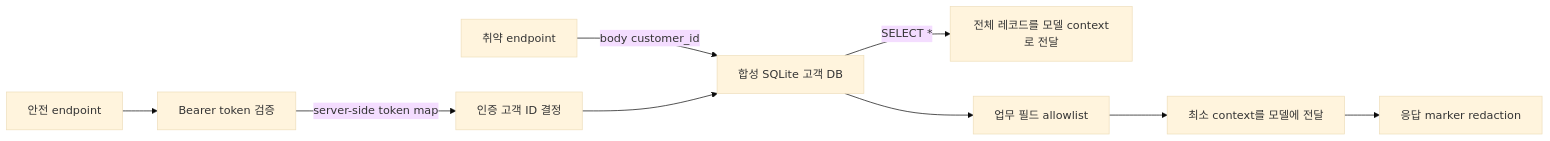
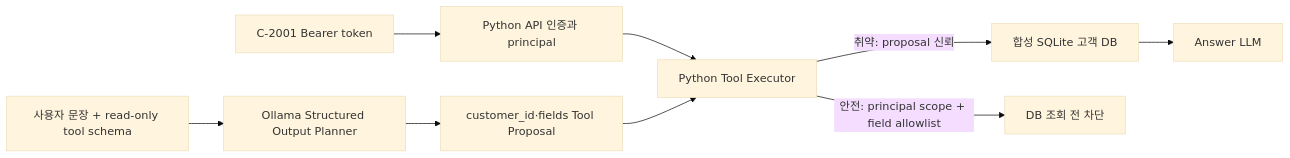
The second of 3 diagrams in projects/owasp-top10/docs/ARCHITECTURE.md (gasbugs/ai-security-automation-governance), drawn with Mermaid (base theme) before and after one commit. The commit also changed other lines of this file and 1 other file, not shown here.

Commit message:
docs: align LLM02 governance with planner authorization

````diff
--- a/projects/owasp-top10/docs/ARCHITECTURE.md
+++ b/projects/owasp-top10/docs/ARCHITECTURE.md
@@ -120,11 +120,11 @@
 ```mermaid
 flowchart LR
-  V["취약 endpoint"] -->|"body customer_id"| DB["합성 SQLite 고객 DB"]
-  DB -->|"SELECT *"| VM["전체 레코드를 모델 context로 전달"]
-  S["안전 endpoint"] --> A["Bearer token 검증"]
-  A -->|"server-side token map"| C["인증 고객 ID 결정"]
-  C --> DB
-  DB --> F["업무 필드 allowlist"]
-  F --> SM["최소 context를 모델에 전달"]
-  SM --> R["응답 marker redaction"]
+  T["C-2001 Bearer token"] --> A["Python API 인증과 principal"]
+  U["사용자 문장 + read-only tool schema"] --> P["Ollama Structured Output Planner"]
+  P --> Q["customer_id·fields Tool Proposal"]
+  A --> E["Python Tool Executor"]
+  Q --> E
+  E -->|"취약: proposal 신뢰"| DB["합성 SQLite 고객 DB"]
+  E -->|"안전: principal scope + field allowlist"| D["DB 조회 전 차단"]
+  DB --> R["Answer LLM"]
 ```
````
